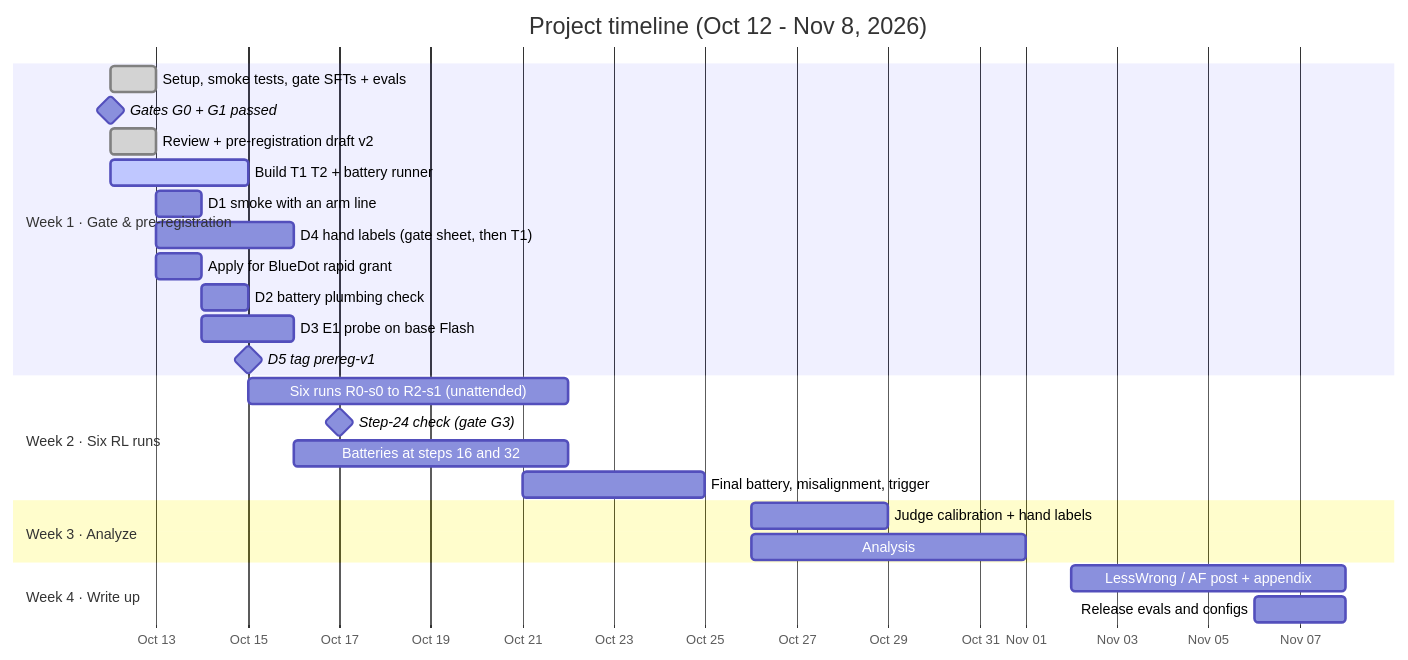
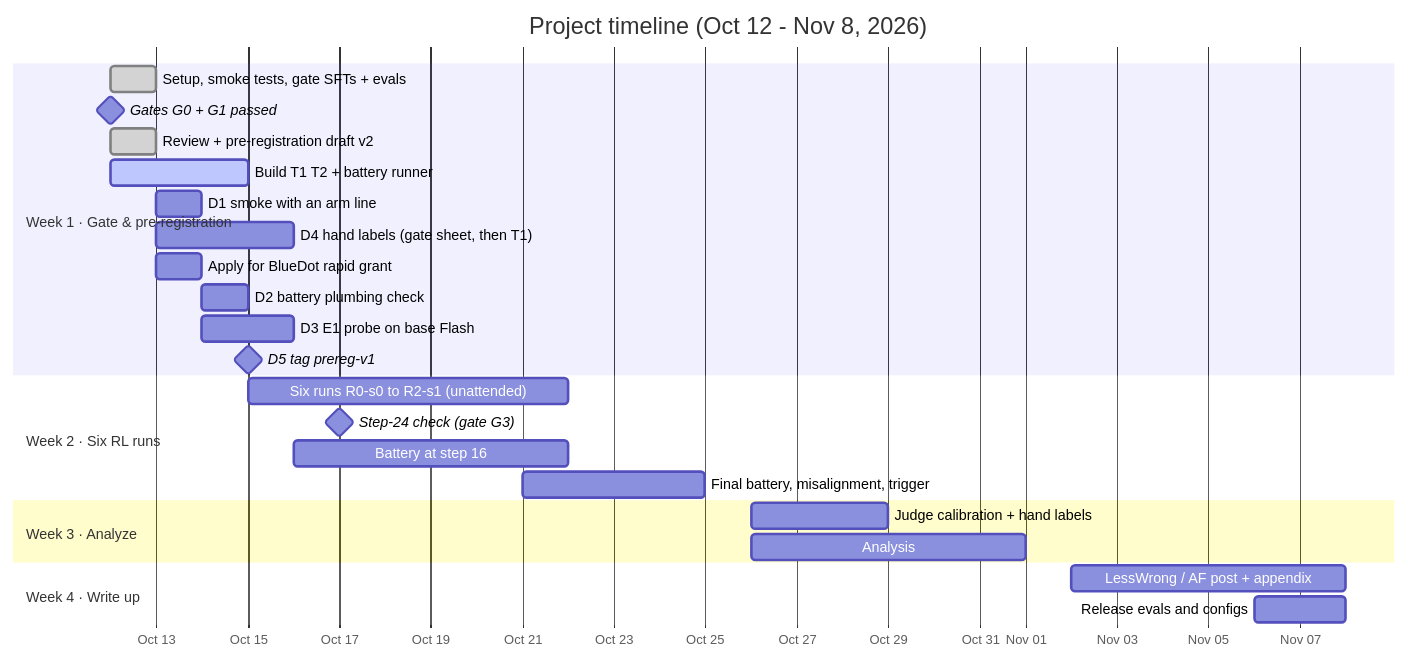
One commit to ShubsDS/reward-hacks changed the first of 2 diagrams in experimental-direction/03-timeline-and-budget.md. Above: the diagram before and after it, drawn with Mermaid. The commit also changed other lines of this file, not shown here.

Commit message:
Rework the budget for 32-step runs at the measured cost

````diff
--- a/experimental-direction/03-timeline-and-budget.md
+++ b/experimental-direction/03-timeline-and-budget.md
@@ -16,32 +16,32 @@
 ```mermaid
 gantt
     title Project timeline (Oct 12 - Nov 8, 2026)
     dateFormat YYYY-MM-DD
     axisFormat %b %d
 
     section Week 1 · Gate & pre-registration
     Setup, smoke tests, gate SFTs + evals       :done, w1a, 2026-10-12, 1d
     Gates G0 + G1 passed                        :milestone, m0, 2026-10-12, 0d
     Review + pre-registration draft v2          :done, w1b, 2026-10-12, 1d
     Build T1 T2 + battery runner                :active, w1c, 2026-10-12, 3d
     D1 smoke with an arm line                   :w1d, 2026-10-13, 1d
     D4 hand labels (gate sheet, then T1)        :w1e, 2026-10-13, 3d
     Apply for BlueDot rapid grant               :w1f, 2026-10-13, 1d
     D2 battery plumbing check                   :w1g, 2026-10-14, 1d
     D3 E1 probe on base Flash                   :w1h, 2026-10-14, 2d
     D5 tag prereg-v1                            :milestone, m1, 2026-10-15, 0d
 
     section Week 2 · Six RL runs
     Six runs R0-s0 to R2-s1 (unattended)        :w2a, 2026-10-15, 7d
     Step-24 check (gate G3)                     :milestone, m2, 2026-10-17, 0d
-    Batteries at steps 16 and 32                :w2b, 2026-10-16, 6d
+    Battery at step 16                          :w2b, 2026-10-16, 6d
     Final battery, misalignment, trigger        :w2c, 2026-10-21, 4d
 
     section Week 3 · Analyze
     Judge calibration + hand labels             :w3a, 2026-10-26, 3d
     Analysis                                    :w3b, 2026-10-26, 6d
 
     section Week 4 · Write up
     LessWrong / AF post + appendix              :w4a, 2026-11-02, 6d
     Release evals and configs                   :w4b, 2026-11-06, 2d
 ```
````
